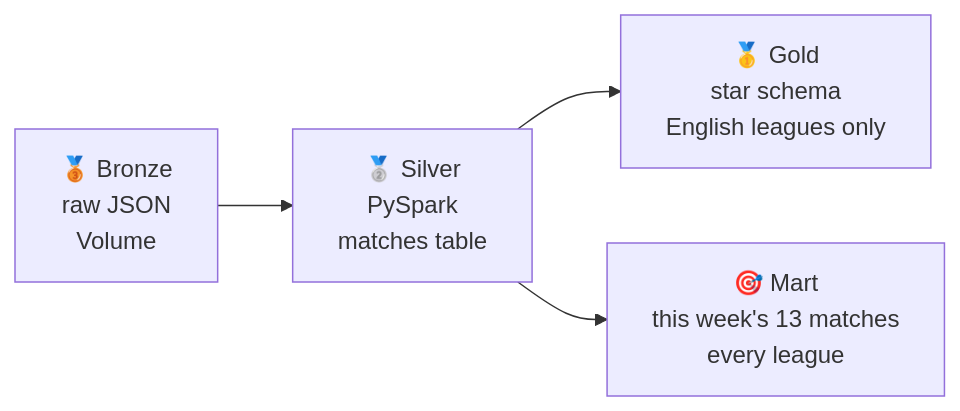
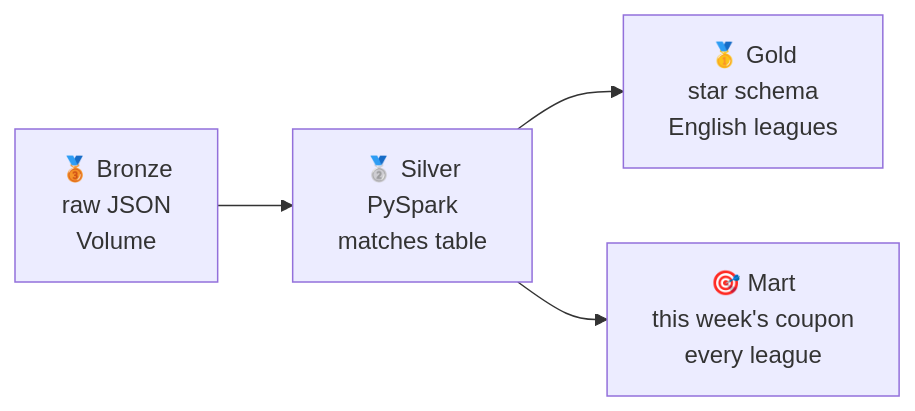
One commit to adamwillner/stryktipset-project-databricks changed the first of 2 diagrams in README.md. Above: the diagram before and after it, drawn with Mermaid. The commit also changed other lines of this file and 1 other file, not shown here.

````diff
--- a/README.md
+++ b/README.md
@@ -7,6 +9,6 @@
 ```mermaid
 flowchart LR
     A["🥉 Bronze<br/>raw JSON<br/>Volume"] --> B["🥈 Silver<br/>PySpark<br/>matches table"]
-    B --> C["🥇 Gold<br/>star schema<br/>English leagues only"]
-    B --> D["🎯 Mart<br/>this week's 13 matches<br/>every league"]
+    B --> C["🥇 Gold<br/>star schema<br/>English leagues"]
+    B --> D["🎯 Mart<br/>this week's coupon<br/>every league"]
 ```
````
